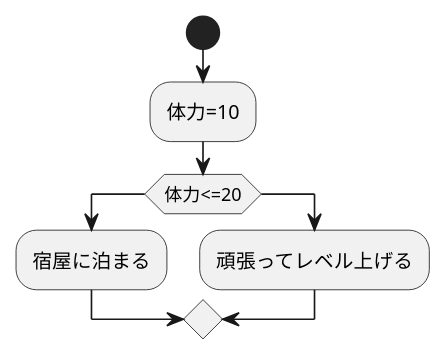
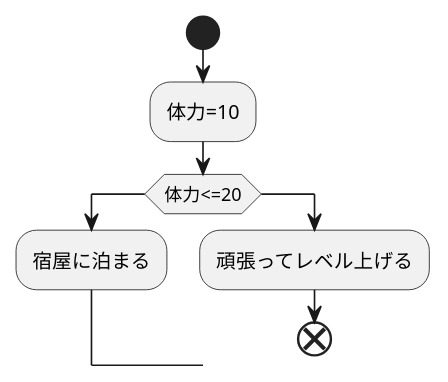
One commit to Aso2001378/2021sys-design changed the diagram in kadai1.md. Above: the diagram before and after it, drawn with PlantUML.

````diff
--- a/kadai1.md
+++ b/kadai1.md
@@ -1,10 +1,11 @@
 ```uml
 @startuml
 start
 :体力=10;
 if(体力<=20)
 :宿屋に泊まる;
 else
 :頑張ってレベル上げる;
+end
 @enduml
 ```
````
